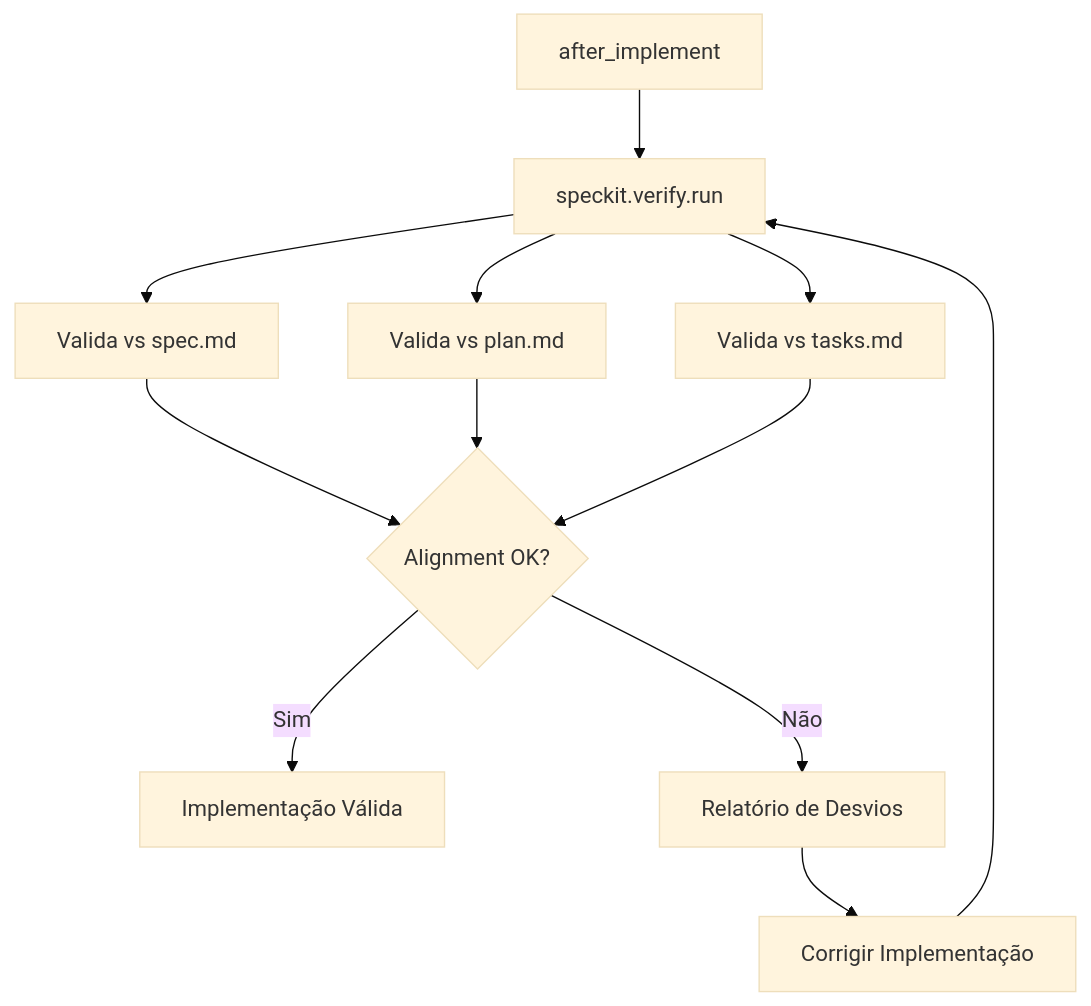
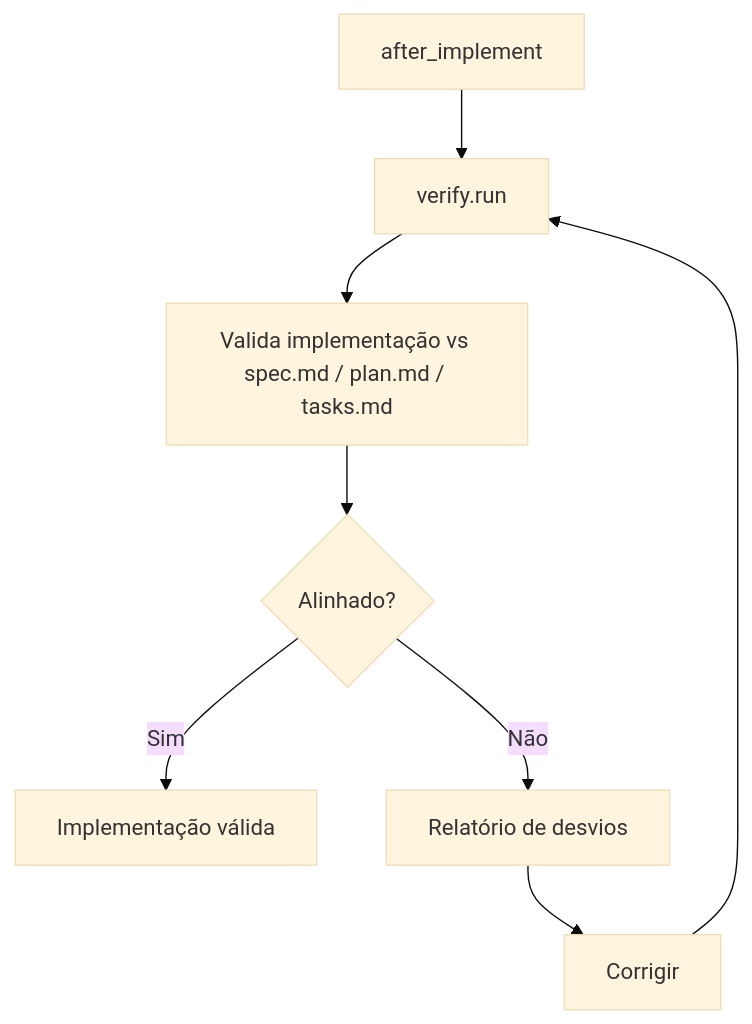
One commit to wagner-sousa/spec-kit-docker changed the sixth of 9 diagrams in README.md. Above: the diagram before and after it, drawn with Mermaid (base theme). The commit also changed other lines of this file, not shown here.

````diff
--- a/README.md
+++ b/README.md
@@ -188,16 +160,10 @@
 ```mermaid
 graph TD
-    A[after_implement] --> B[speckit.verify.run]
-    B --> C[Valida vs spec.md]
-    B --> D[Valida vs plan.md]
-    B --> E[Valida vs tasks.md]
-
-    C --> F{Alignment OK?}
-    D --> F
-    E --> F
-
-    F -->|Sim| G[Implementação Válida]
-    F -->|Não| H[Relatório de Desvios]
-    H --> I[Corrigir Implementação]
-    I --> B
+    A[after_implement] --> B[verify.run]
+    B --> C[Valida implementação vs spec.md / plan.md / tasks.md]
+    C --> D{Alinhado?}
+    D -->|Sim| E[Implementação válida]
+    D -->|Não| F[Relatório de desvios]
+    F --> G[Corrigir]
+    G --> B
 ```
````
